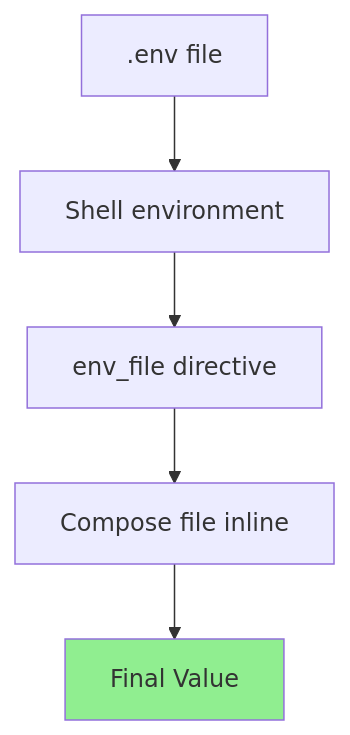
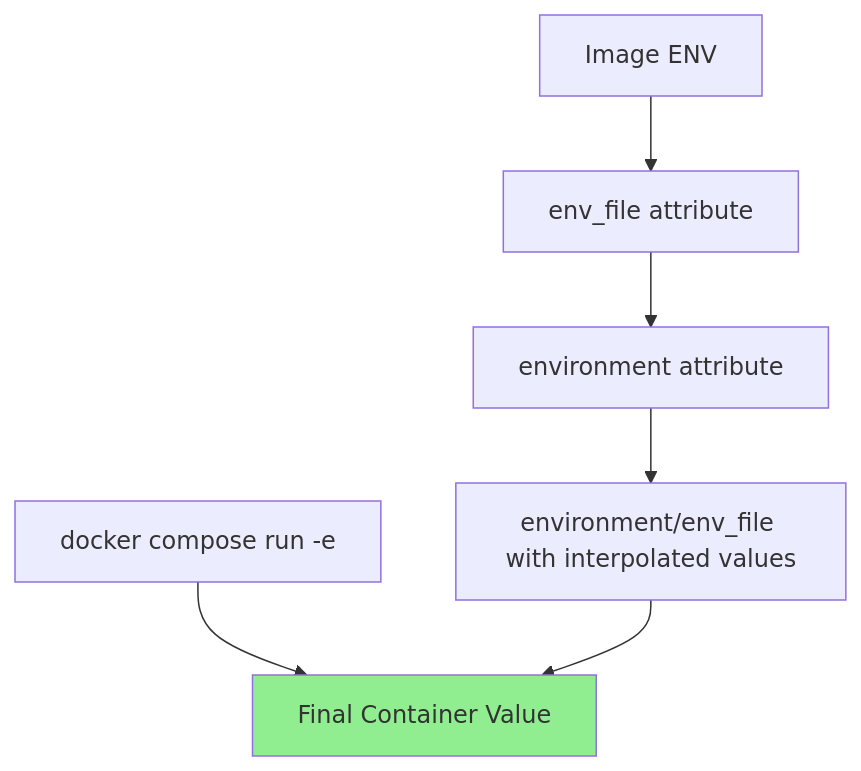
One commit to OneUptime/blog changed the diagram in posts/2026-01-25-docker-compose-environment-files/README.md. Above: the diagram before and after it, drawn with Mermaid. The commit also changed other lines of this file and 2 other files, not shown here.

Commit message:
validate: 2026-01-25-docker-compose-environment-files

````diff
--- a/posts/2026-01-25-docker-compose-environment-files/README.md
+++ b/posts/2026-01-25-docker-compose-environment-files/README.md
@@ -17,9 +17,10 @@
 ```mermaid
 graph TD
-    A[Compose file inline] --> B[Final Value]
-    C[env_file directive] --> A
-    D[Shell environment] --> C
-    E[.env file] --> D
+    A[docker compose run -e] --> B[Final Container Value]
+    C[environment/env_file with interpolated values] --> B
+    D[environment attribute] --> C
+    E[env_file attribute] --> D
+    F[Image ENV] --> E
 
     style B fill:#90EE90
 ```
````
